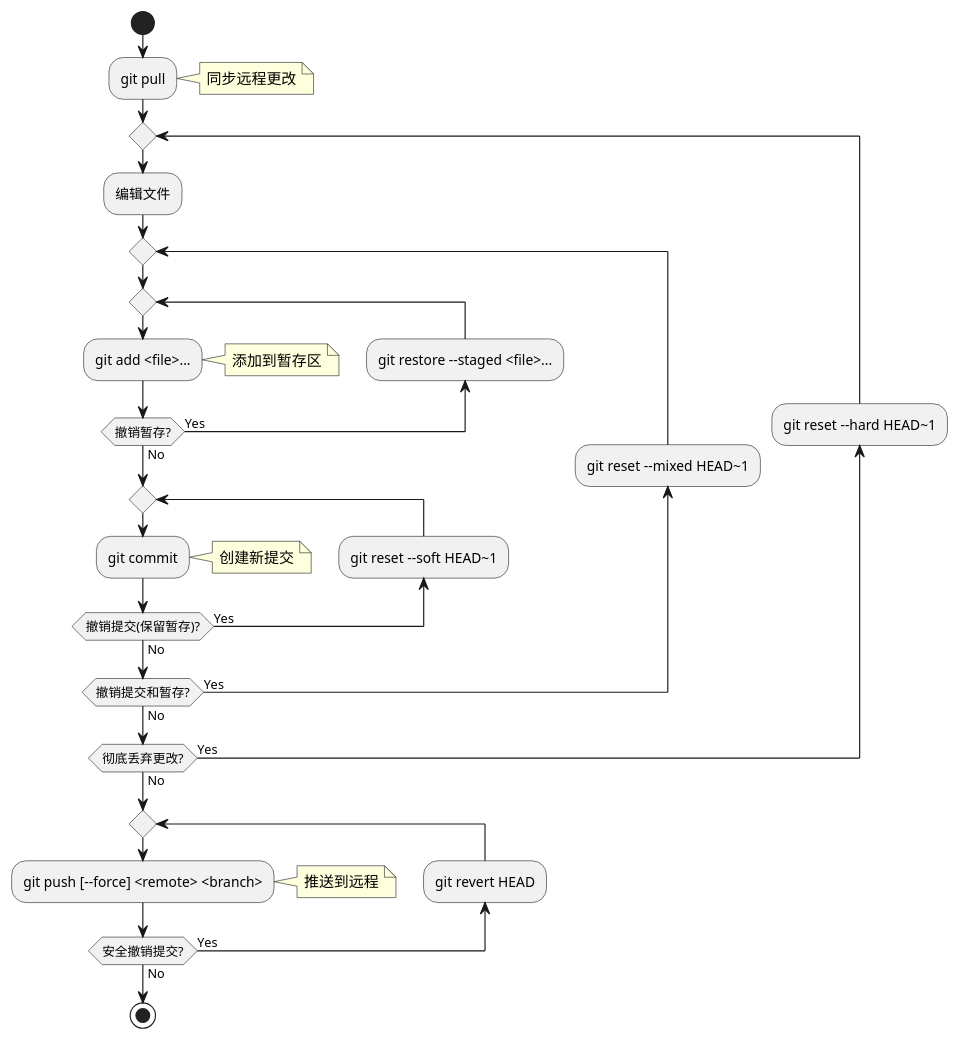
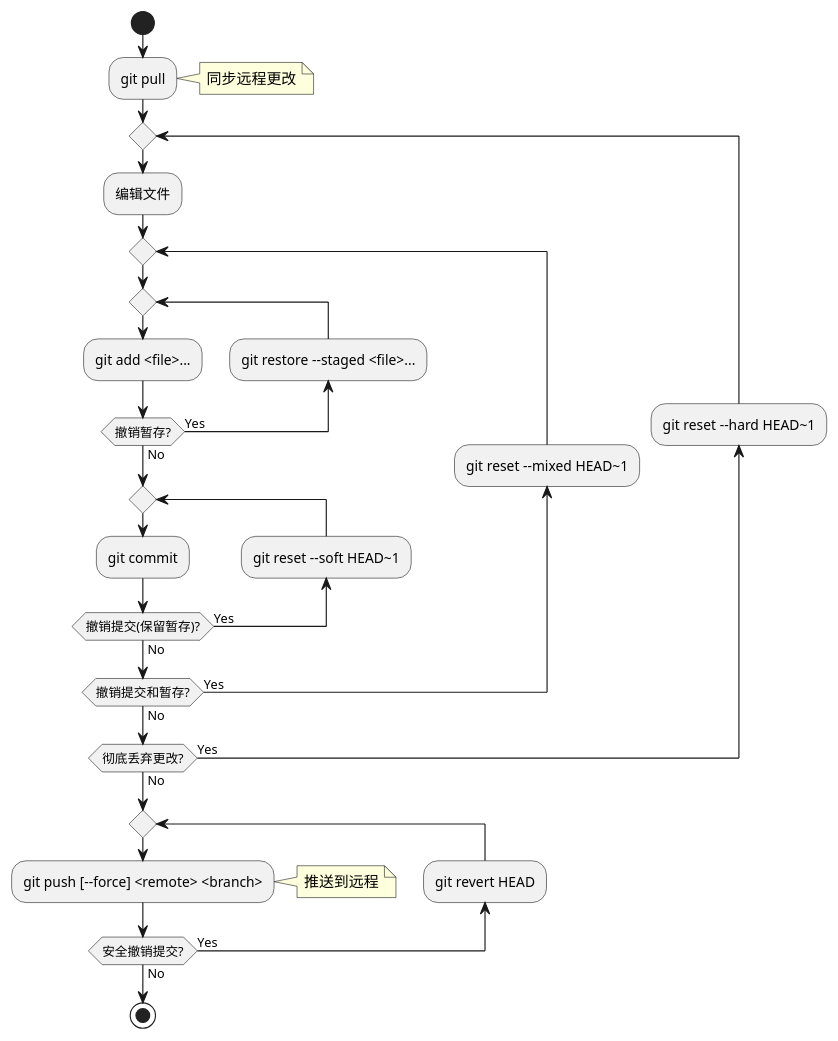
One commit to zhyantao/docs changed the diagram in docs/cli/git.md. Above: the diagram before and after it, drawn with PlantUML.

````diff
--- a/docs/cli/git.md
+++ b/docs/cli/git.md
@@ -44,37 +44,35 @@
 ```{uml}
 @startuml
 start
 
 :git pull;
 note right:同步远程更改
 
 repeat
   :编辑文件;
   repeat
   repeat
     :git add <file>...;
-    note right:添加到暂存区
     backward:git restore --staged <file>...;
   repeat while (撤销暂存?) is (Yes) not (No)
 
   repeat
     :git commit;
-    note right:创建新提交
     backward:git reset --soft HEAD~1;
   repeat while (撤销提交(保留暂存)?) is (Yes) not (No)
 
   backward:git reset --mixed HEAD~1;
   repeat while (撤销提交和暂存?) is (Yes) not (No)
 
   backward:git reset --hard HEAD~1;
 repeat while (彻底丢弃更改?) is (Yes) not (No)
 
 repeat
   :git push [--force] <remote> <branch>;
   note right:推送到远程
   backward:git revert HEAD;
 repeat while (安全撤销提交?) is (Yes) not (No)
 
 stop
 @enduml
 ```
````
